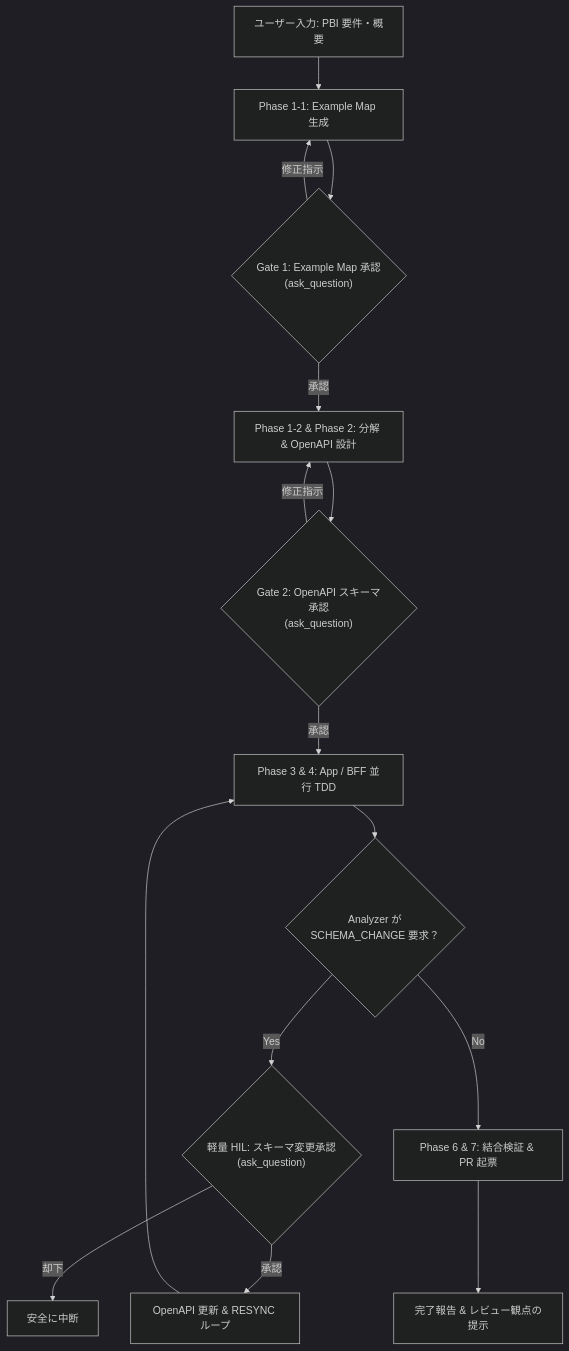
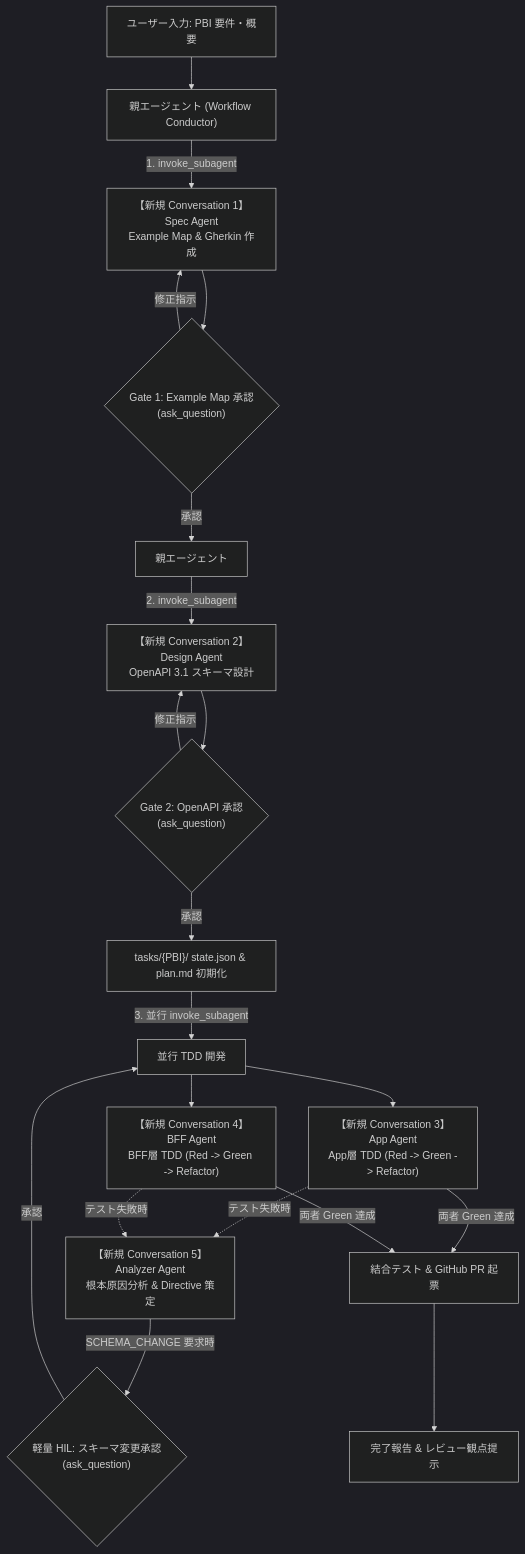
Before and after one commit to Calpim/agentic-dev-sandbox: the diagram in .agents/skills/workflow-runner/SKILL.md, drawn with Mermaid (dark theme). The commit also changed other lines of this file and 13 other files, not shown here.

First line of the commit message:
feat(workflow): migrate to v4.0 agent-native multi-conversation architecture

````diff
--- a/.agents/skills/workflow-runner/SKILL.md
+++ b/.agents/skills/workflow-runner/SKILL.md
@@ -14,16 +15,25 @@
 ```mermaid
 flowchart TD
-    UserReq["ユーザー入力: PBI 要件・概要"] --> Phase1["Phase 1-1: Example Map 生成"]
-    Phase1 --> Gate1{"Gate 1: Example Map 承認<br>(ask_question)"}
-    Gate1 -->|修正指示| Phase1
-    Gate1 -->|承認| Phase2["Phase 1-2 & Phase 2: 分解 & OpenAPI 設計"]
-    Phase2 --> Gate2{"Gate 2: OpenAPI スキーマ承認<br>(ask_question)"}
-    Gate2 -->|修正指示| Phase2
-    Gate2 -->|承認| Phase34["Phase 3 & 4: App / BFF 並行 TDD"]
-    Phase34 --> HasSchemaChange{"Analyzer が<br>SCHEMA_CHANGE 要求？"}
-    HasSchemaChange -->|Yes| HilGate{"軽量 HIL: スキーマ変更承認<br>(ask_question)"}
-    HilGate -->|承認| Resync["OpenAPI 更新 & RESYNC ループ"] --> Phase34
-    HilGate -->|却下| Abort["安全に中断"]
-    HasSchemaChange -->|No| Phase67["Phase 6 & 7: 結合検証 & PR 起票"]
-    Phase67 --> Finish["完了報告 & レビュー観点の提示"]
+    UserReq["ユーザー入力: PBI 要件・概要"] --> Master["親エージェント (Workflow Conductor)"]
+    
+    Master -->|1. invoke_subagent| ConvSpec["【新規 Conversation 1】Spec Agent<br>Example Map & Gherkin 作成"]
+    ConvSpec --> Gate1{"Gate 1: Example Map 承認<br>(ask_question)"}
+    Gate1 -->|修正指示| ConvSpec
+    Gate1 -->|承認| Master2["親エージェント"]
+    
+    Master2 -->|2. invoke_subagent| ConvDesign["【新規 Conversation 2】Design Agent<br>OpenAPI 3.1 スキーマ設計"]
+    ConvDesign --> Gate2{"Gate 2: OpenAPI 承認<br>(ask_question)"}
+    Gate2 -->|修正指示| ConvDesign
+    Gate2 -->|承認| InitTasks["tasks/{PBI}/ state.json & plan.md 初期化"]
+    
+    InitTasks -->|3. 並行 invoke_subagent| Parallel["並行 TDD 開発"]
+    Parallel --> ConvApp["【新規 Conversation 3】App Agent<br>App層 TDD (Red -> Green -> Refactor)"]
+    Parallel --> ConvBff["【新規 Conversation 4】BFF Agent<br>BFF層 TDD (Red -> Green -> Refactor)"]
+    
+    ConvApp & ConvBff -.->|テスト失敗時| ConvAnalyzer["【新規 Conversation 5】Analyzer Agent<br>根本原因分析 & Directive 策定"]
+    ConvAnalyzer -->|SCHEMA_CHANGE 要求時| HilGate{"軽量 HIL: スキーマ変更承認<br>(ask_question)"}
+    HilGate -->|承認| Parallel
+    
+    ConvApp & ConvBff -->|両者 Green 達成| Integration["結合テスト & GitHub PR 起票"]
+    Integration --> Finish["完了報告 & レビュー観点提示"]
 ```
````
